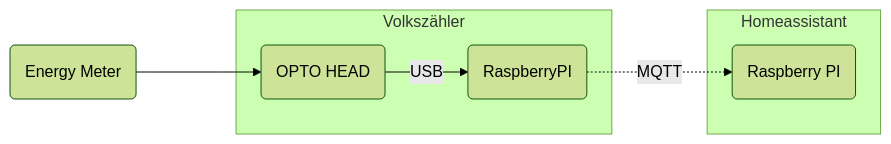
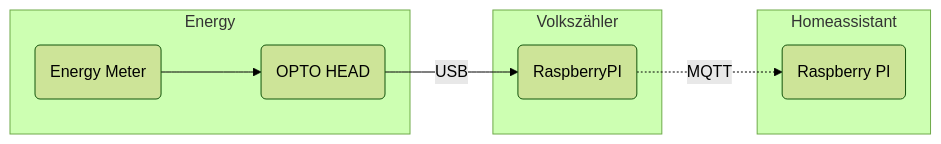
One commit to rangulvers/smart_meter_setup changed the diagram in README.md. Above: the diagram before and after it, drawn with Mermaid (forest theme).

````diff
--- a/README.md
+++ b/README.md
@@ -10,12 +10,14 @@
 ```mermaid
 
 flowchart LR
+        subgraph Energy
         A(Energy Meter) ---> B(OPTO HEAD)        
+        end
         subgraph Volkszähler
         B --USB--> C(RaspberryPI)
         end
         subgraph Homeassistant
         C -.MQTT.-> D(Raspberry PI)
         end
         
 ```
````
